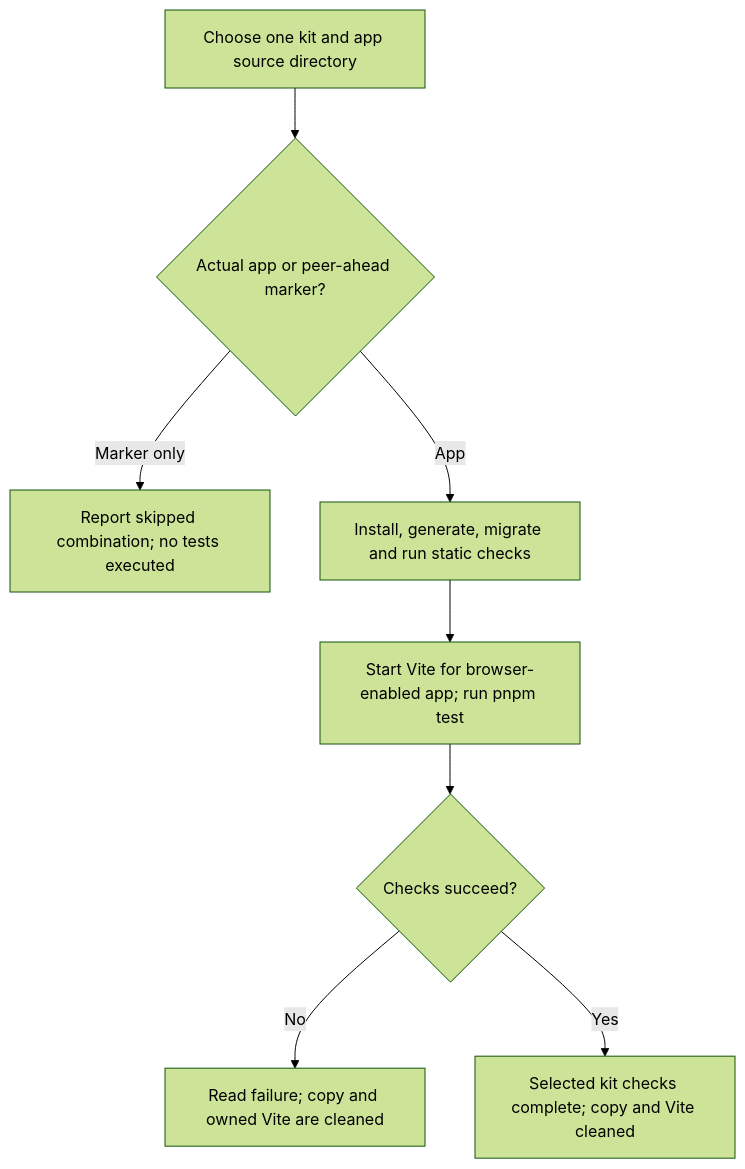
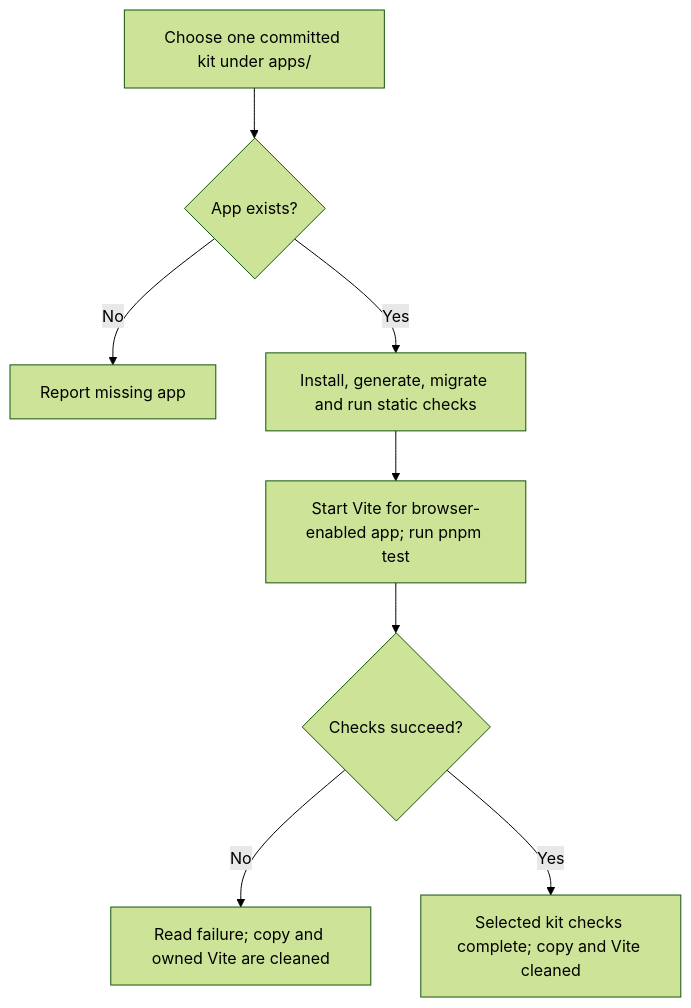
One commit to Kevinjohn/oss-adonisjs-starter-examples changed the first of 2 diagrams in user-stories/operations/us-ops-05-test-kit.md. Above: the diagram before and after it, drawn with Mermaid (forest theme). The commit also changed other lines of this file and 154 other files, not shown here.

````diff
--- a/user-stories/operations/us-ops-05-test-kit.md
+++ b/user-stories/operations/us-ops-05-test-kit.md
@@ -26,10 +25,10 @@
 ```mermaid
 flowchart TD
-    A["Choose one kit and app source directory"] --> B{"Actual app or peer-ahead marker?"}
-    B -->|Marker only| C["Report skipped combination; no tests executed"]
-    B -->|App| D["Install, generate, migrate and run static checks"]
+    A["Choose one committed kit under apps/"] --> B{"App exists?"}
+    B -->|No| C["Report missing app"]
+    B -->|Yes| D["Install, generate, migrate and run static checks"]
     D --> E["Start Vite for browser-enabled app; run pnpm test"]
     E --> F{"Checks succeed?"}
     F -->|No| G["Read failure; copy and owned Vite are cleaned"]
     F -->|Yes| H["Selected kit checks complete; copy and Vite cleaned"]
 ```
````
